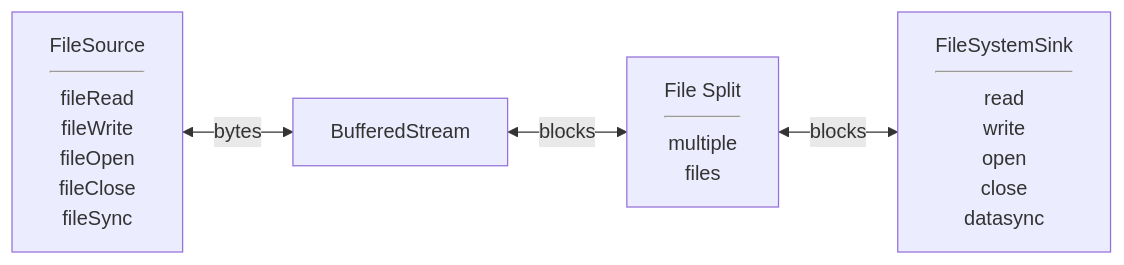
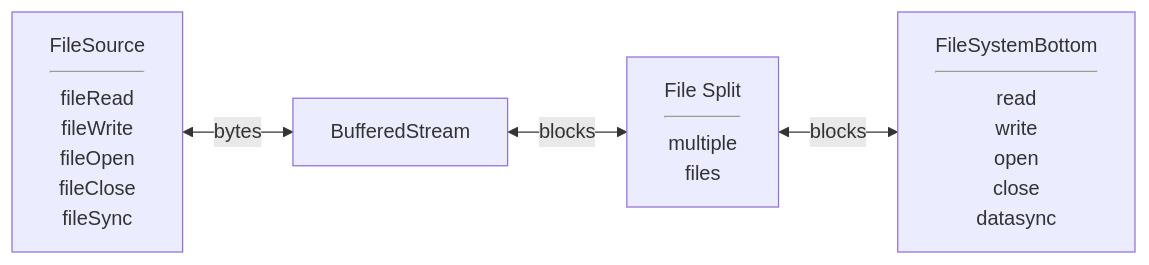
The fourth of 5 diagrams in README.md (precision-software/TempFiles), drawn with Mermaid before and after one commit. The commit also changed other lines of this file and 31 other files, not shown here.

Commit message:
Rename FileSource->IoStack.  record->block,   sink->bottom

````diff
--- a/README.md
+++ b/README.md
@@ -107,7 +107,7 @@
 ```mermaid
 
 flowchart LR
     source[FileSource <hr> fileRead <br> fileWrite <br> fileOpen <br> fileClose <br> fileSync]
        <-- bytes --> BufferedStream <-- blocks --> a[File Split <hr> multiple <br> files] <-- blocks --> 
-    sink[FileSystemSink <hr> read <br> write <br> open <br> close <br> datasync]
+    sink[FileSystemBottom <hr> read <br> write <br> open <br> close <br> datasync]
 ```
````
